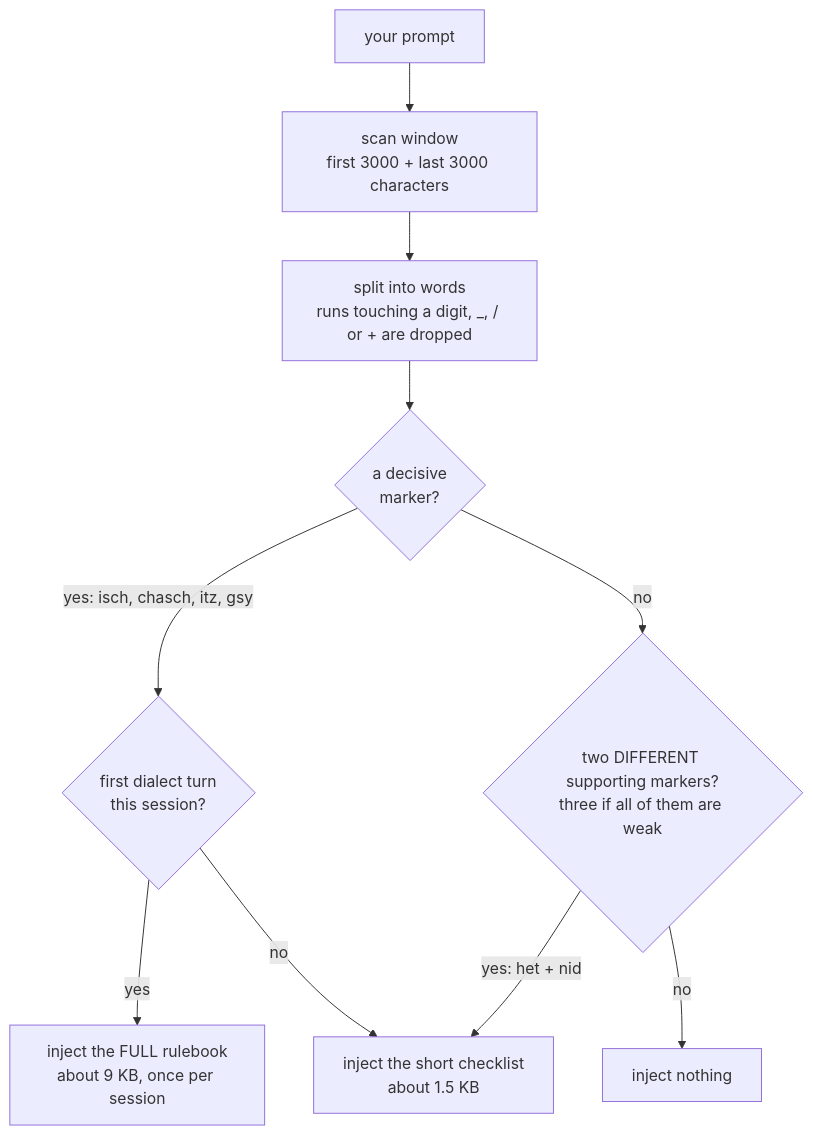
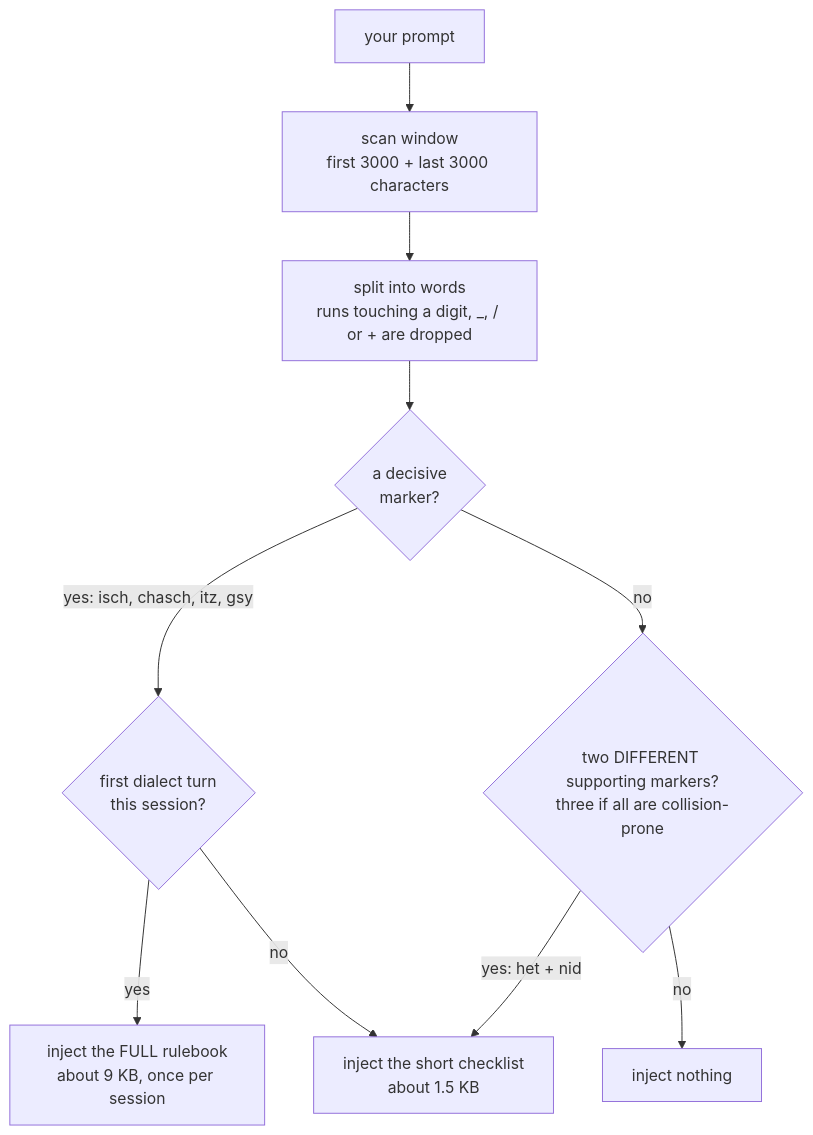
The third of 3 diagrams in README.md (sapn95/berndeutsch-for-ai), drawn with Mermaid before and after one commit. The commit also changed other lines of this file and 3 other files, not shown here.

````diff
--- a/README.md
+++ b/README.md
@@ -280,12 +280,12 @@
 ```mermaid
 flowchart TD
     P["your prompt"] --> W["scan window<br/>first 3000 + last 3000 characters"]
     W --> T["split into words<br/>runs touching a digit, _, / or + are dropped"]
     T --> D{"a decisive<br/>marker?"}
     D -->|"yes: isch, chasch, itz, gsy"| B{"first dialect turn<br/>this session?"}
     B -->|yes| FULL["inject the FULL rulebook<br/>about 9 KB, once per session"]
     B -->|no| CL["inject the short checklist<br/>about 1.5 KB"]
-    D -->|no| S{"two DIFFERENT supporting markers?<br/>three if all of them are weak"}
+    D -->|no| S{"two DIFFERENT supporting markers?<br/>three if all are collision-prone"}
     S -->|"yes: het + nid"| CL
     S -->|no| N["inject nothing"]
 ```
````
